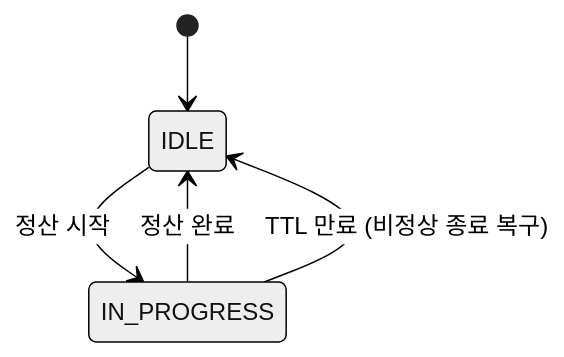
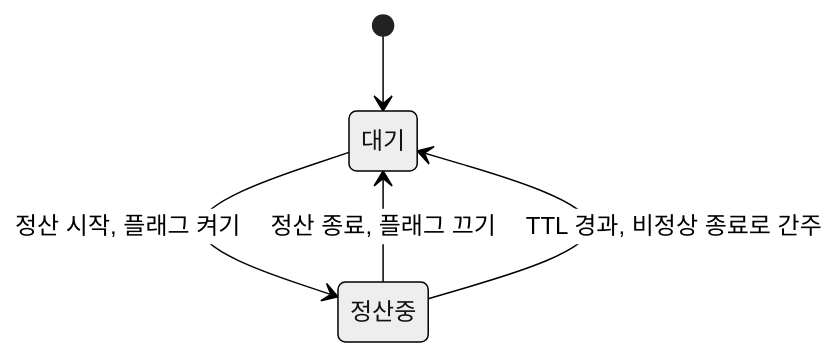
Before and after one commit to polynomeer/polynomeer.github.io: the second of 4 diagrams in _posts/notes/common/2025-10-05-settlement-write-guard.md, drawn with Mermaid (neutral theme). The commit also changed other lines of this file, not shown here.

````diff
--- a/_posts/notes/common/2025-10-05-settlement-write-guard.md
+++ b/_posts/notes/common/2025-10-05-settlement-write-guard.md
@@ -53,7 +98,7 @@
 ```mermaid
 stateDiagram-v2
-    [*] --> IDLE
-    IDLE --> IN_PROGRESS : 정산 시작
-    IN_PROGRESS --> IDLE : 정산 완료
-    IN_PROGRESS --> IDLE : TTL 만료 (비정상 종료 복구)
+    [*] --> 대기
+    대기 --> 정산중 : 정산 시작, 플래그 켜기
+    정산중 --> 대기 : 정산 종료, 플래그 끄기
+    정산중 --> 대기 : TTL 경과, 비정상 종료로 간주
 ```
````
